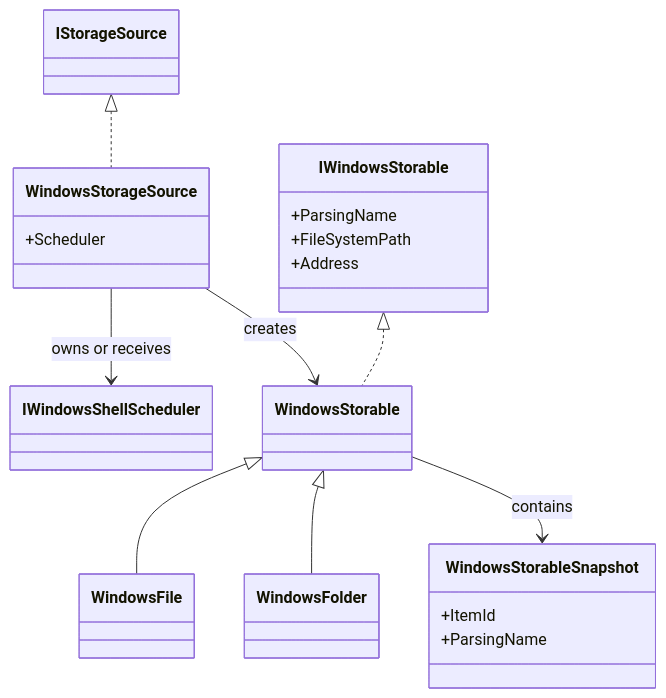
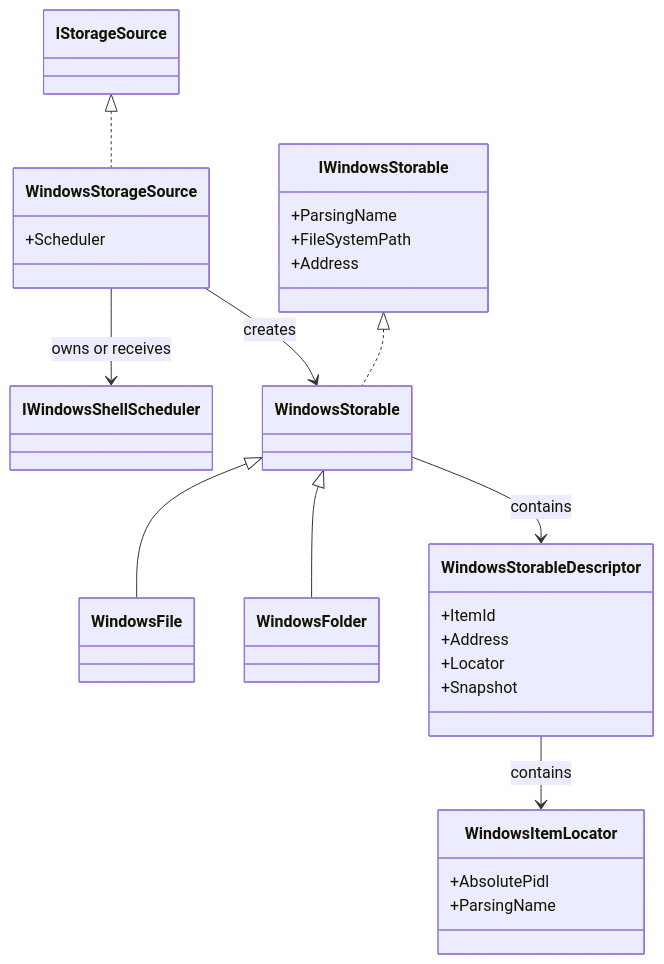
Before and after one commit to 0x5bfa/Files: the first of 5 diagrams in docs/architecture/windows-storage.md, drawn with Mermaid. The commit also changed other lines of this file and 21 other files, not shown here.

Commit message:
Complete Windows Shell identity and locator slice

````diff
--- a/docs/architecture/windows-storage.md
+++ b/docs/architecture/windows-storage.md
@@ -7,28 +7,35 @@
 ```mermaid
 classDiagram
     class IStorageSource
     class WindowsStorageSource {
         +Scheduler
     }
     class IWindowsShellScheduler
-    class WindowsStorableSnapshot {
+    class WindowsStorableDescriptor {
         +ItemId
+        +Address
+        +Locator
+        +Snapshot
+    }
+    class WindowsItemLocator {
+        +AbsolutePidl
         +ParsingName
     }
     class IWindowsStorable {
         +ParsingName
         +FileSystemPath
         +Address
     }
     class WindowsStorable
     class WindowsFile
     class WindowsFolder
 
     IStorageSource <|.. WindowsStorageSource
     WindowsStorageSource --> IWindowsShellScheduler : owns or receives
     IWindowsStorable <|.. WindowsStorable
     WindowsStorable <|-- WindowsFile
     WindowsStorable <|-- WindowsFolder
-    WindowsStorable --> WindowsStorableSnapshot : contains
+    WindowsStorable --> WindowsStorableDescriptor : contains
+    WindowsStorableDescriptor --> WindowsItemLocator : contains
     WindowsStorageSource --> WindowsStorable : creates
 ```
````
